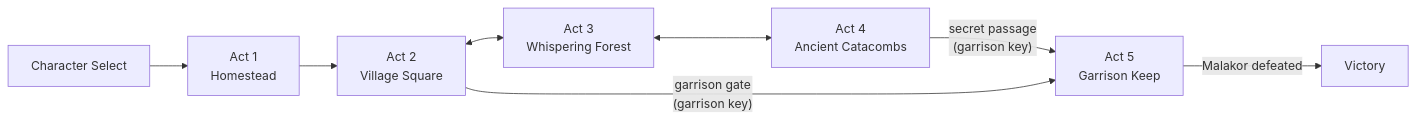
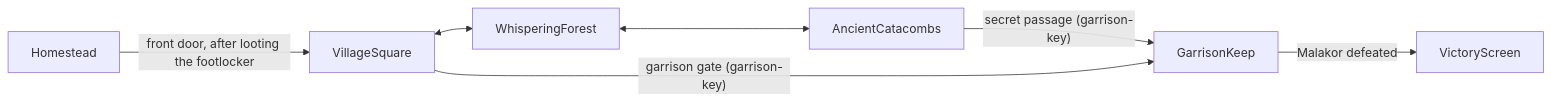
The diagram in docs/projects/crpg-realm.md (nddipiazza/robos), drawn with Mermaid before and after one commit. The commit also changed other lines of this file and 189 other files, not shown here.

First line of the commit message:
wip(docs): roadmap, ideas, review and start-here rewrites; corrected install commands

````diff
--- a/docs/projects/crpg-realm.md
+++ b/docs/projects/crpg-realm.md
@@ -68,10 +63,9 @@
 ```mermaid
 graph LR
-    CS[Character Select] --> HS["Act 1<br/>Homestead"]
-    HS --> VS["Act 2<br/>Village Square"]
-    VS <--> WF["Act 3<br/>Whispering Forest"]
-    WF <--> AC["Act 4<br/>Ancient Catacombs"]
-    AC -->|"secret passage<br/>(garrison key)"| GK["Act 5<br/>Garrison Keep"]
-    VS -->|"garrison gate<br/>(garrison key)"| GK
-    GK -->|Malakor defeated| V[Victory]
+    HS["Homestead"] -->|"front door, after looting the footlocker"| VS["VillageSquare"]
+    VS <--> WF["WhisperingForest"]
+    WF <--> AC["AncientCatacombs"]
+    AC -->|"secret passage (garrison-key)"| GK["GarrisonKeep"]
+    VS -->|"garrison gate (garrison-key)"| GK
+    GK -->|"Malakor defeated"| V["VictoryScreen"]
 ```
````
